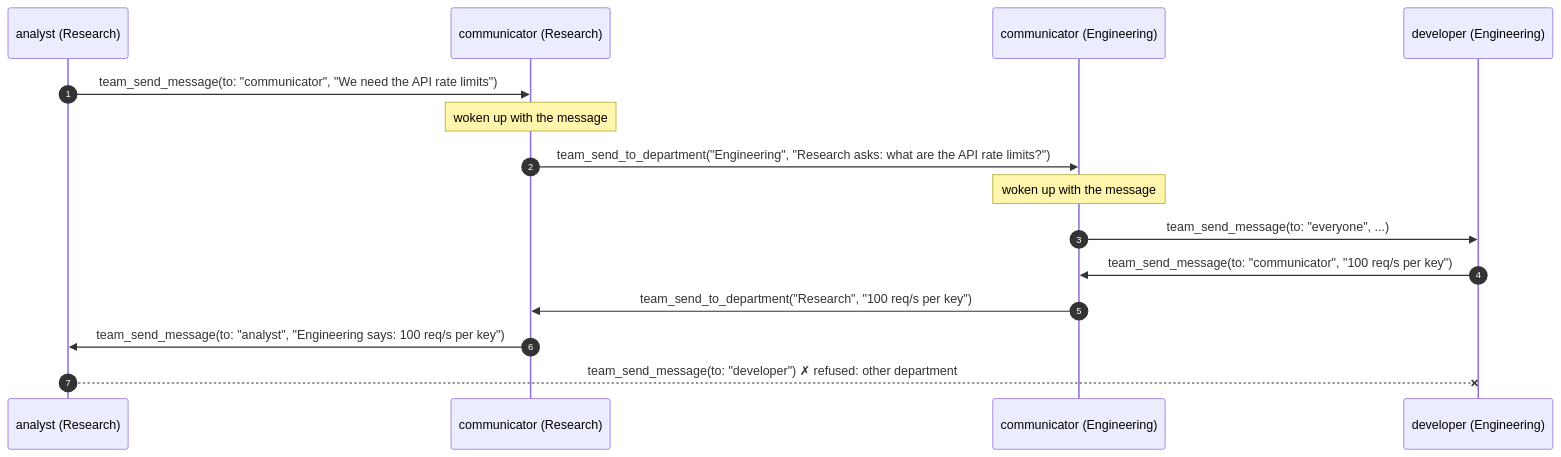
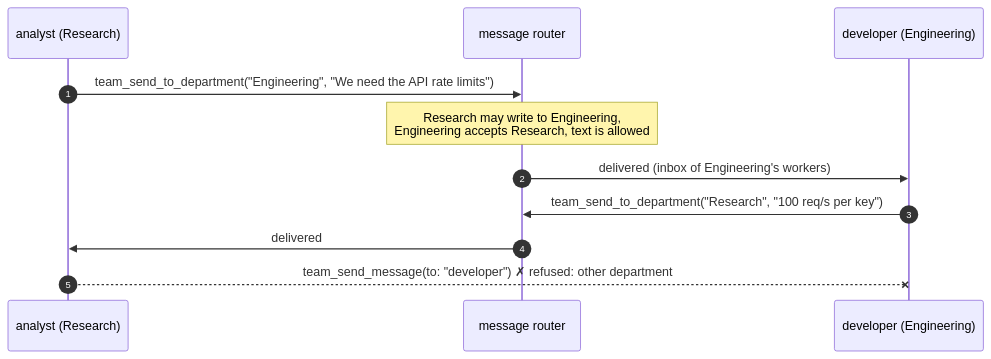
One commit to Jaelse/agentcore changed the fourth of 10 diagrams in docs/MULTI_AGENT.md. Above: the diagram before and after it, drawn with Mermaid. The commit also changed other lines of this file and 48 other files, not shown here.

First line of the commit message:
Replace communicator agents with a message router and routing policies

````diff
--- a/docs/MULTI_AGENT.md
+++ b/docs/MULTI_AGENT.md
@@ -252,18 +248,14 @@
 ```mermaid
 sequenceDiagram
     autonumber
     participant A as analyst (Research)
-    participant RC as communicator (Research)
-    participant EC as communicator (Engineering)
+    participant R as message router
     participant D as developer (Engineering)
 
-    A->>RC: team_send_message(to: "communicator", "We need the API rate limits")
-    Note over RC: woken up with the message
-    RC->>EC: team_send_to_department("Engineering", "Research asks: what are the API rate limits?")
-    Note over EC: woken up with the message
-    EC->>D: team_send_message(to: "everyone", ...)
-    D->>EC: team_send_message(to: "communicator", "100 req/s per key")
-    EC->>RC: team_send_to_department("Research", "100 req/s per key")
-    RC->>A: team_send_message(to: "analyst", "Engineering says: 100 req/s per key")
+    A->>R: team_send_to_department("Engineering", "We need the API rate limits")
+    Note over R: Research may write to Engineering,<br/>Engineering accepts Research, text is allowed
+    R->>D: delivered (inbox of Engineering's workers)
+    D->>R: team_send_to_department("Research", "100 req/s per key")
+    R->>A: delivered
     A--xD: team_send_message(to: "developer") ✗ refused: other department
 ```
````
